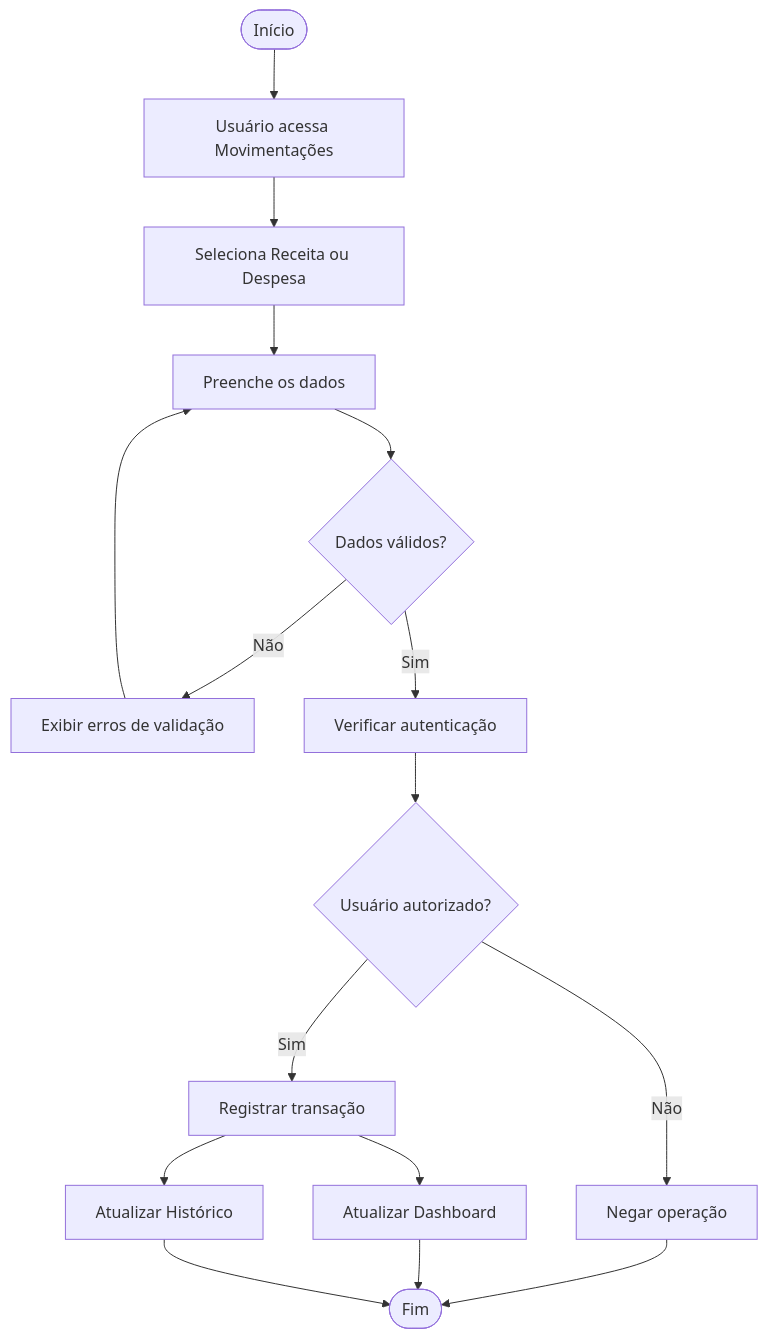
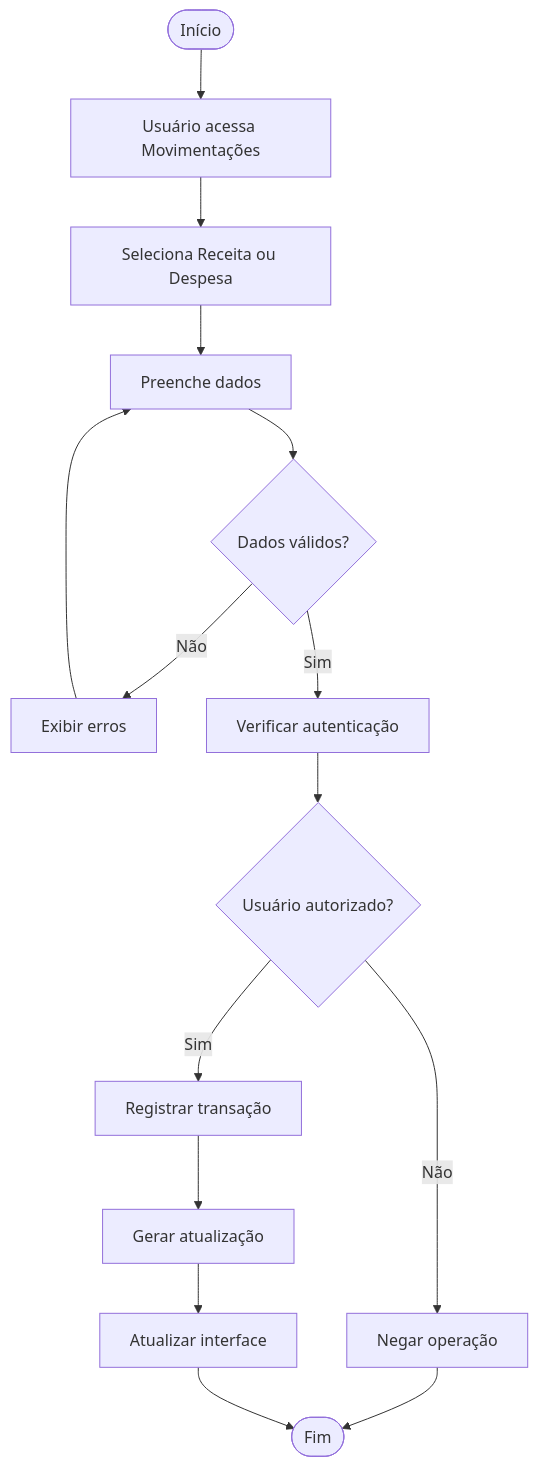
Before and after one commit to Rayck4dev/MetricsFlow_AI: the sixth of 8 diagrams in README.md, drawn with Mermaid. The commit also changed other lines of this file, not shown here.

````diff
--- a/README.md
+++ b/README.md
@@ -828,38 +1026,36 @@
 ```mermaid
 flowchart TD
 
     A([Início])
     B[Usuário acessa Movimentações]
     C[Seleciona Receita ou Despesa]
-    D[Preenche os dados]
+    D[Preenche dados]
     E{Dados válidos?}
-    F[Exibir erros de validação]
+    F[Exibir erros]
     G[Verificar autenticação]
     H{Usuário autorizado?}
     I[Negar operação]
     J[Registrar transação]
-    K[Atualizar Dashboard]
-    L[Atualizar Histórico]
+    K[Gerar atualização]
+    L[Atualizar interface]
     M([Fim])
 
     A --> B
     B --> C
     C --> D
     D --> E
 
     E -->|Não| F
     F --> D
 
     E -->|Sim| G
     G --> H
 
     H -->|Não| I
     I --> M
 
     H -->|Sim| J
     J --> K
-    J --> L
-
-    K --> M
+    K --> L
     L --> M
 ```
````
